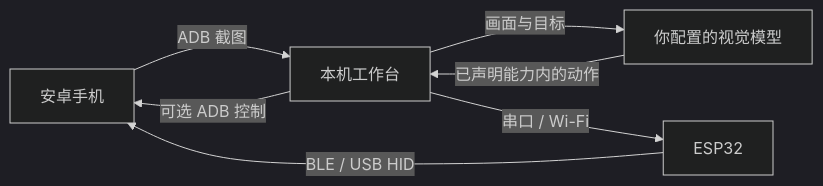
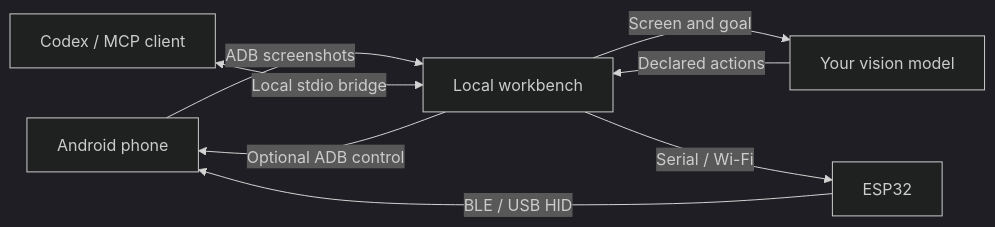
The diagram in README.md (shenlan-ai/esp32-android-agent), drawn with Mermaid (dark theme) before and after one commit. The commit also changed other lines of this file and 59 other files, not shown here.

First line of the commit message:
feat: expose MCP phone tools and refresh the local console

````diff
--- a/README.md
+++ b/README.md
@@ -33,9 +35,10 @@
 ```mermaid
 flowchart LR
-    Phone[安卓手机] -->|ADB 截图| Host[本机工作台]
-    Host -->|画面与目标| Model[你配置的视觉模型]
-    Model -->|已声明能力内的动作| Host
-    Host -->|串口 / Wi-Fi| ESP[ESP32]
+    Phone[Android phone] -->|ADB screenshots| Host[Local workbench]
+    Host -->|Screen and goal| Model[Your vision model]
+    Model -->|Declared actions| Host
+    Host -->|Serial / Wi-Fi| ESP[ESP32]
     ESP -->|BLE / USB HID| Phone
-    Host -->|可选 ADB 控制| Phone
+    Host -->|Optional ADB control| Phone
+    Agent[Codex / MCP client] <-->|Local stdio bridge| Host
 ```
````
